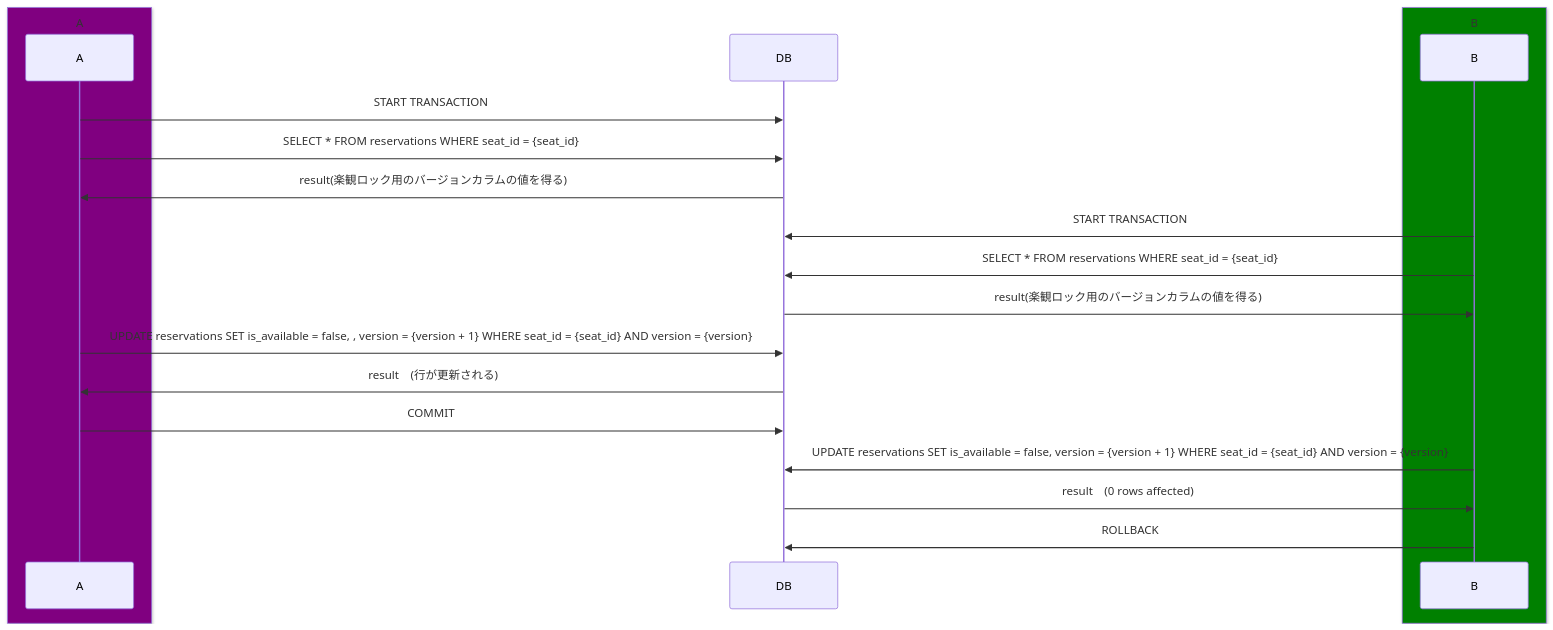
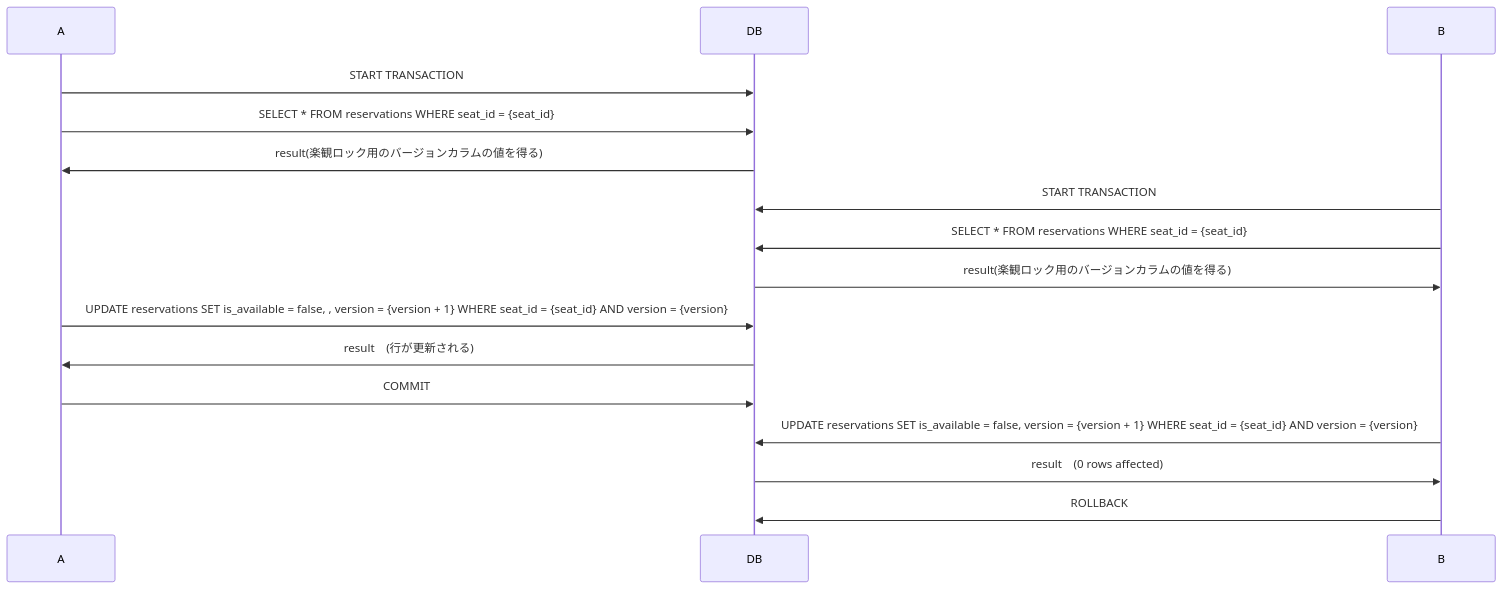
One commit to UR-deR/PrAha_Challenge changed the first of 3 diagrams in database/transaction/README.md. Above: the diagram before and after it, drawn with Mermaid.

Commit message:
Remove unnecessary participant boxes in transaction README.md

````diff
--- a/database/transaction/README.md
+++ b/database/transaction/README.md
@@ -385,33 +385,27 @@
 ```mermaid
 sequenceDiagram
     participant A
     participant DB
     participant B
 
-    box Purple A
-    participant A
-    end
 
-    box Green B
-    participant B
-    end
 
     A->>DB:START TRANSACTION
     A->>DB: SELECT * FROM reservations WHERE seat_id = {seat_id};
     DB->>A: result(楽観ロック用のバージョンカラムの値を得る)
     B->>DB: START TRANSACTION
     B->>DB: SELECT * FROM reservations WHERE seat_id = {seat_id};
     DB->>B: result(楽観ロック用のバージョンカラムの値を得る)
 
     A->>DB: UPDATE reservations SET is_available = false, , version = {version + 1} WHERE seat_id = {seat_id} AND version = {version};
 
     DB->>A: result　(行が更新される)
     A->>DB: COMMIT
 
 
     B->>DB: UPDATE reservations SET is_available = false, version = {version + 1} WHERE seat_id = {seat_id} AND version = {version};
 
 
     DB->>B: result　(0 rows affected)
     B->>DB: ROLLBACK
 ```
````
